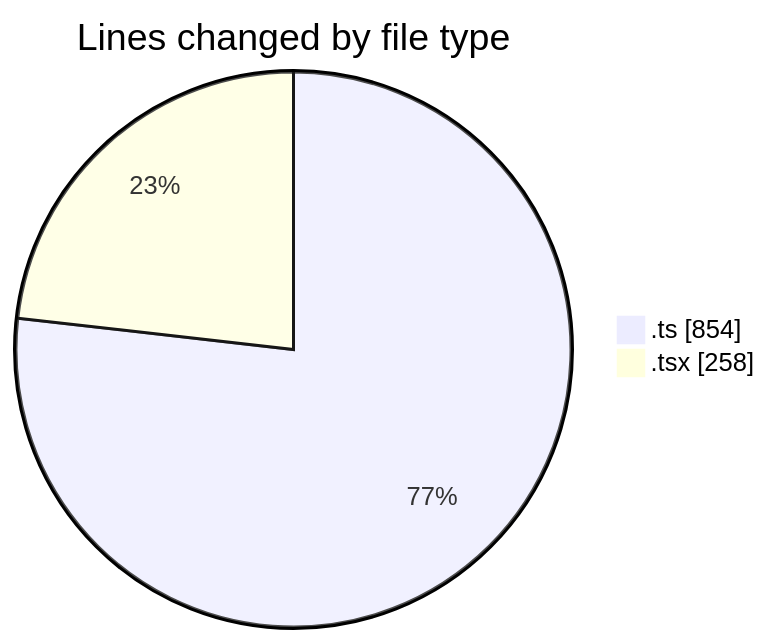
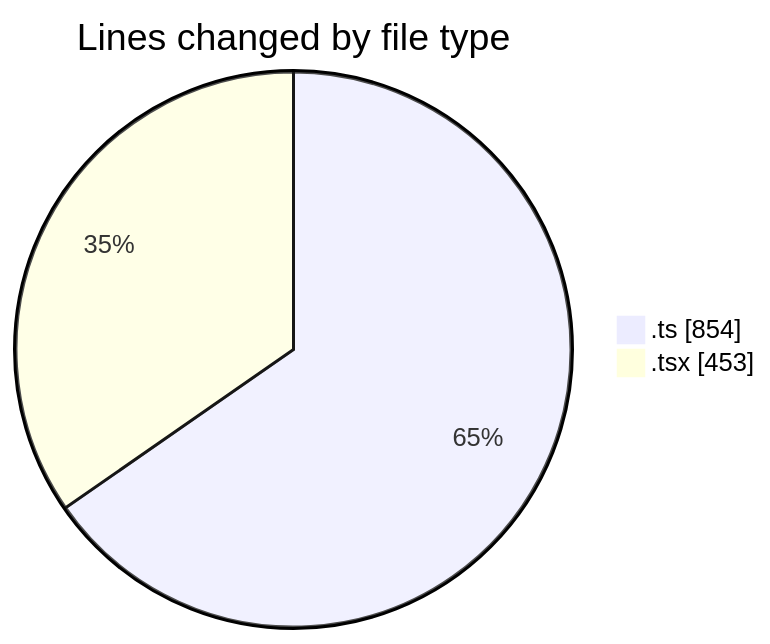
One commit to julien-gomy/code-tracking changed the first of 2 diagrams in 2025-10-23/eventscop-frontend-guide__workspace_/README.md. Above: the diagram before and after it, drawn with Mermaid. The commit also changed other lines of this file and 1 other file, not shown here.

````diff
--- a/2025-10-23/eventscop-frontend-guide__workspace_/README.md
+++ b/2025-10-23/eventscop-frontend-guide__workspace_/README.md
@@ -22,6 +23,6 @@
 ```mermaid
 pie showData
 title Lines changed by file type
 ".ts" : 854
-".tsx" : 258
+".tsx" : 453
 ```
````
